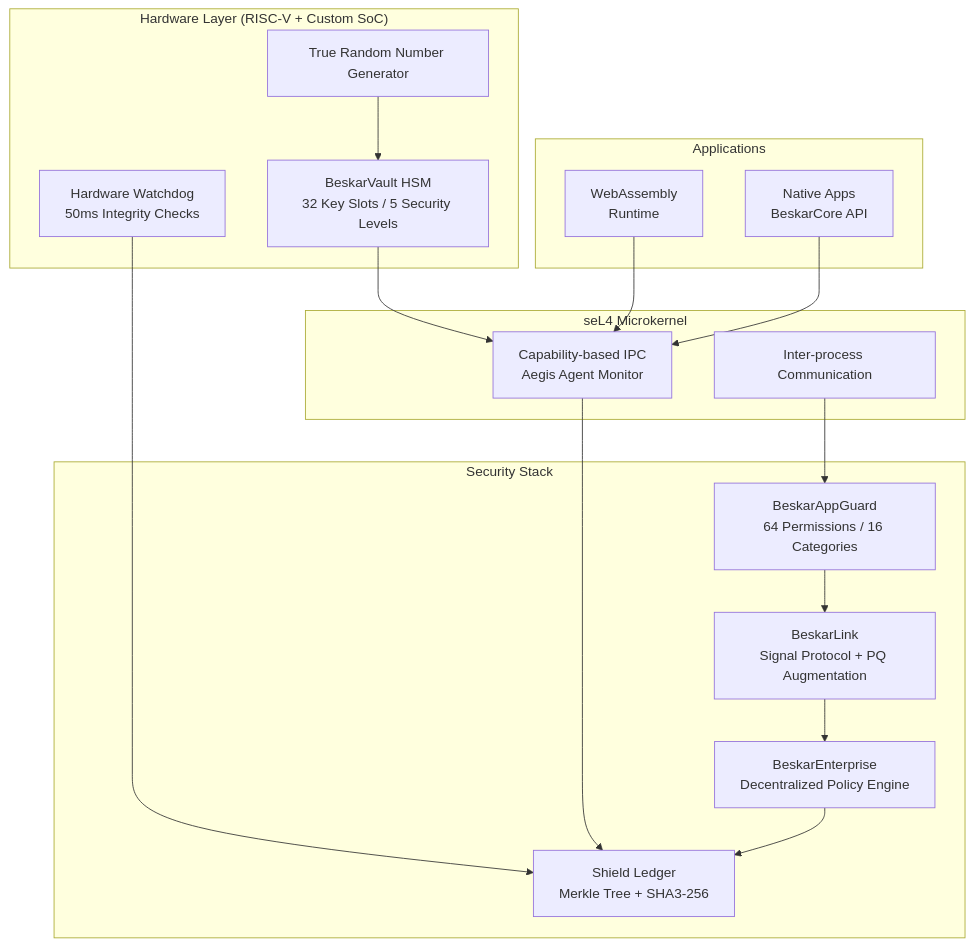
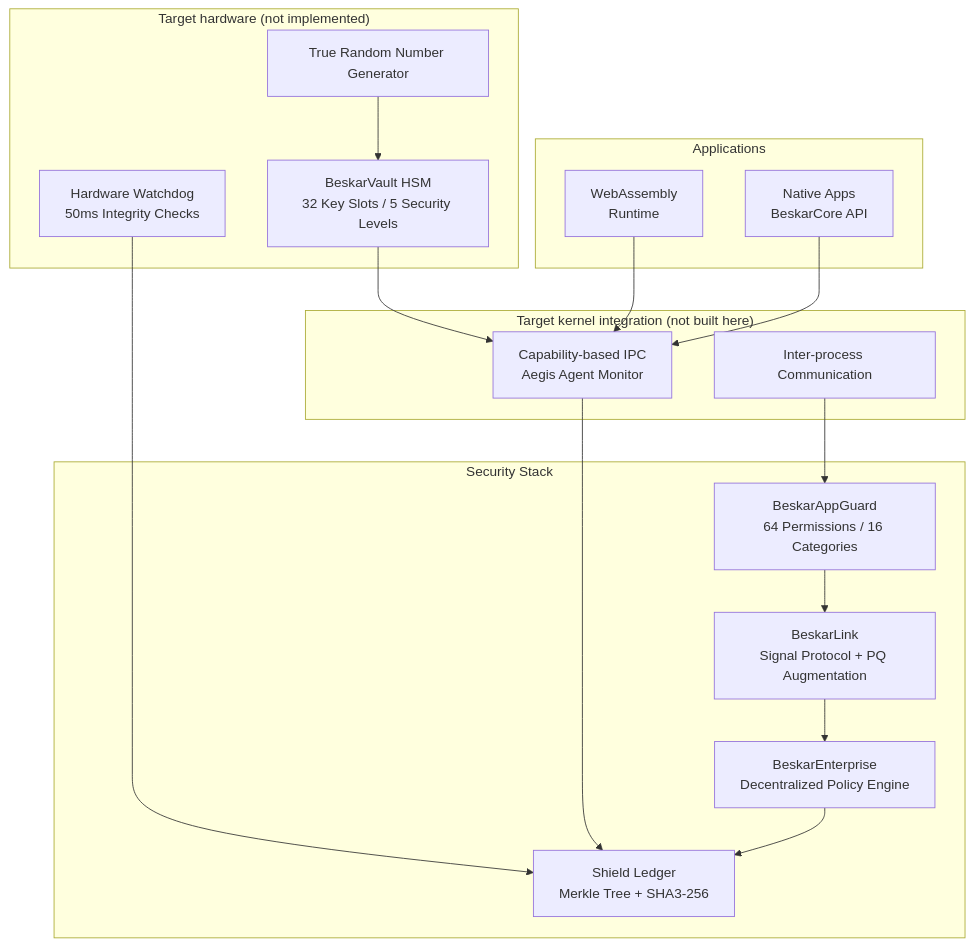
One commit to iamGodofall/mandalorian-project changed the diagram in README.md. Above: the diagram before and after it, drawn with Mermaid. The commit also changed other lines of this file, not shown here.

````diff
--- a/README.md
+++ b/README.md
@@ -35,36 +35,36 @@
 ```mermaid
 graph TB
-    subgraph Hardware["Hardware Layer (RISC-V + Custom SoC)"]
+    subgraph Hardware["Target hardware (not implemented)"]
         HSM["BeskarVault HSM<br/>32 Key Slots / 5 Security Levels"]
         WDT["Hardware Watchdog<br/>50ms Integrity Checks"]
         TRNG["True Random Number Generator"]
     end
 
-    subgraph Kernel["seL4 Microkernel"]
+    subgraph Kernel["Target kernel integration (not built here)"]
         CAP["Capability-based IPC<br/>Aegis Agent Monitor"]
         Ipc["Inter-process Communication"]
     end
 
     subgraph Security["Security Stack"]
         GL["Shield Ledger<br/>Merkle Tree + SHA3-256"]
         AG["BeskarAppGuard<br/>64 Permissions / 16 Categories"]
         BL["BeskarLink<br/>Signal Protocol + PQ Augmentation"]
         BE["BeskarEnterprise<br/>Decentralized Policy Engine"]
     end
 
     subgraph Apps["Applications"]
         WA["WebAssembly<br/>Runtime"]
         NA["Native Apps<br/>BeskarCore API"]
     end
 
     HSM --> CAP
     WDT --> GL
     TRNG --> HSM
     CAP --> GL
     Ipc --> AG
     AG --> BL
     BL --> BE
     BE --> GL
     WA --> CAP
     NA --> CAP
 ```
````
